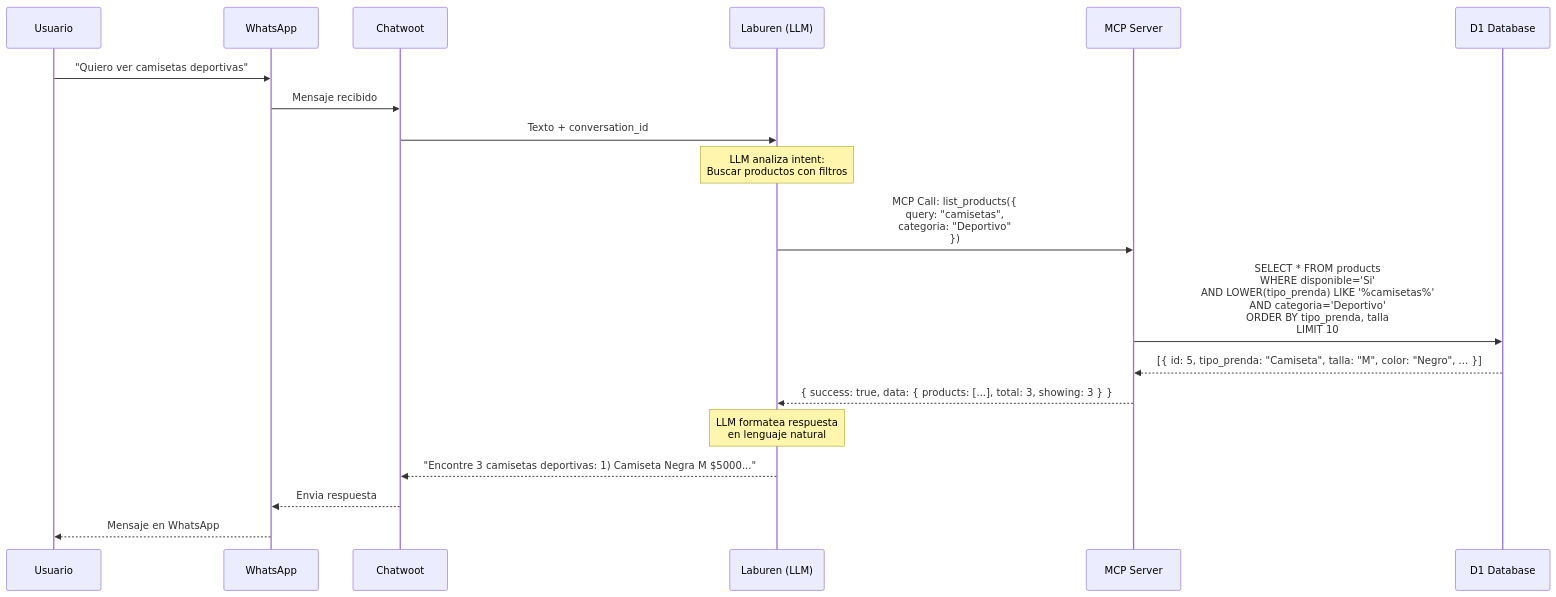
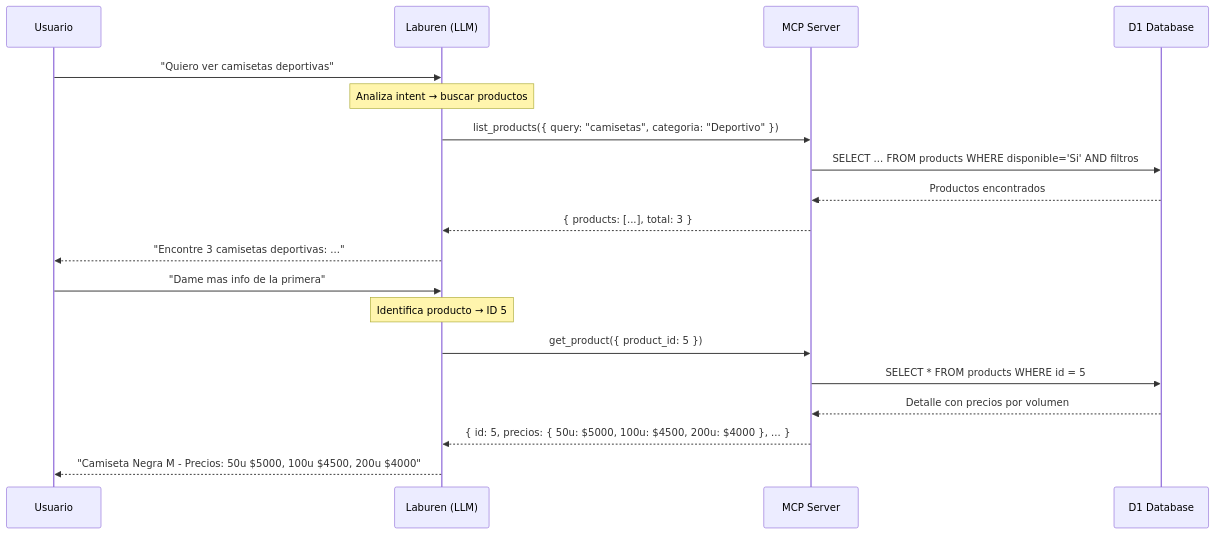
One commit to ArielDRighi/laburen-challenge changed the second of 4 diagrams in docs/flujo-agente.md. Above: the diagram before and after it, drawn with Mermaid. The commit also changed other lines of this file and 13 other files, not shown here.

````diff
--- a/docs/flujo-agente.md
+++ b/docs/flujo-agente.md
@@ -43,26 +23,23 @@
 ```mermaid
 sequenceDiagram
     participant U as Usuario
-    participant W as WhatsApp
-    participant C as Chatwoot
     participant L as Laburen (LLM)
     participant M as MCP Server
     participant D as D1 Database
 
-    U->>W: "Quiero ver camisetas deportivas"
-    W->>C: Mensaje recibido
-    C->>L: Texto + conversation_id
+    U->>L: "Quiero ver camisetas deportivas"
+    Note over L: Analiza intent → buscar productos
+    L->>M: list_products({ query: "camisetas", categoria: "Deportivo" })
+    M->>D: SELECT ... FROM products WHERE disponible='Si' AND filtros
+    D-->>M: Productos encontrados
+    M-->>L: { products: [...], total: 3 }
+    L-->>U: "Encontre 3 camisetas deportivas: ..."
 
-    Note over L: LLM analiza intent:<br/>Buscar productos con filtros
-
-    L->>M: MCP Call: list_products({<br/>  query: "camisetas",<br/>  categoria: "Deportivo"<br/>})
-    M->>D: SELECT * FROM products<br/>WHERE disponible='Si'<br/>AND LOWER(tipo_prenda) LIKE '%camisetas%'<br/>AND categoria='Deportivo'<br/>ORDER BY tipo_prenda, talla<br/>LIMIT 10
-    D-->>M: [{ id: 5, tipo_prenda: "Camiseta", talla: "M", color: "Negro", ... }]
-    M-->>L: { success: true, data: { products: [...], total: 3, showing: 3 } }
-
-    Note over L: LLM formatea respuesta<br/>en lenguaje natural
-
-    L-->>C: "Encontre 3 camisetas deportivas: 1) Camiseta Negra M $5000..."
-    C-->>W: Envia respuesta
-    W-->>U: Mensaje en WhatsApp
+    U->>L: "Dame mas info de la primera"
+    Note over L: Identifica producto → ID 5
+    L->>M: get_product({ product_id: 5 })
+    M->>D: SELECT * FROM products WHERE id = 5
+    D-->>M: Detalle con precios por volumen
+    M-->>L: { id: 5, precios: { 50u: $5000, 100u: $4500, 200u: $4000 }, ... }
+    L-->>U: "Camiseta Negra M - Precios: 50u $5000, 100u $4500, 200u $4000"
 ```
````
